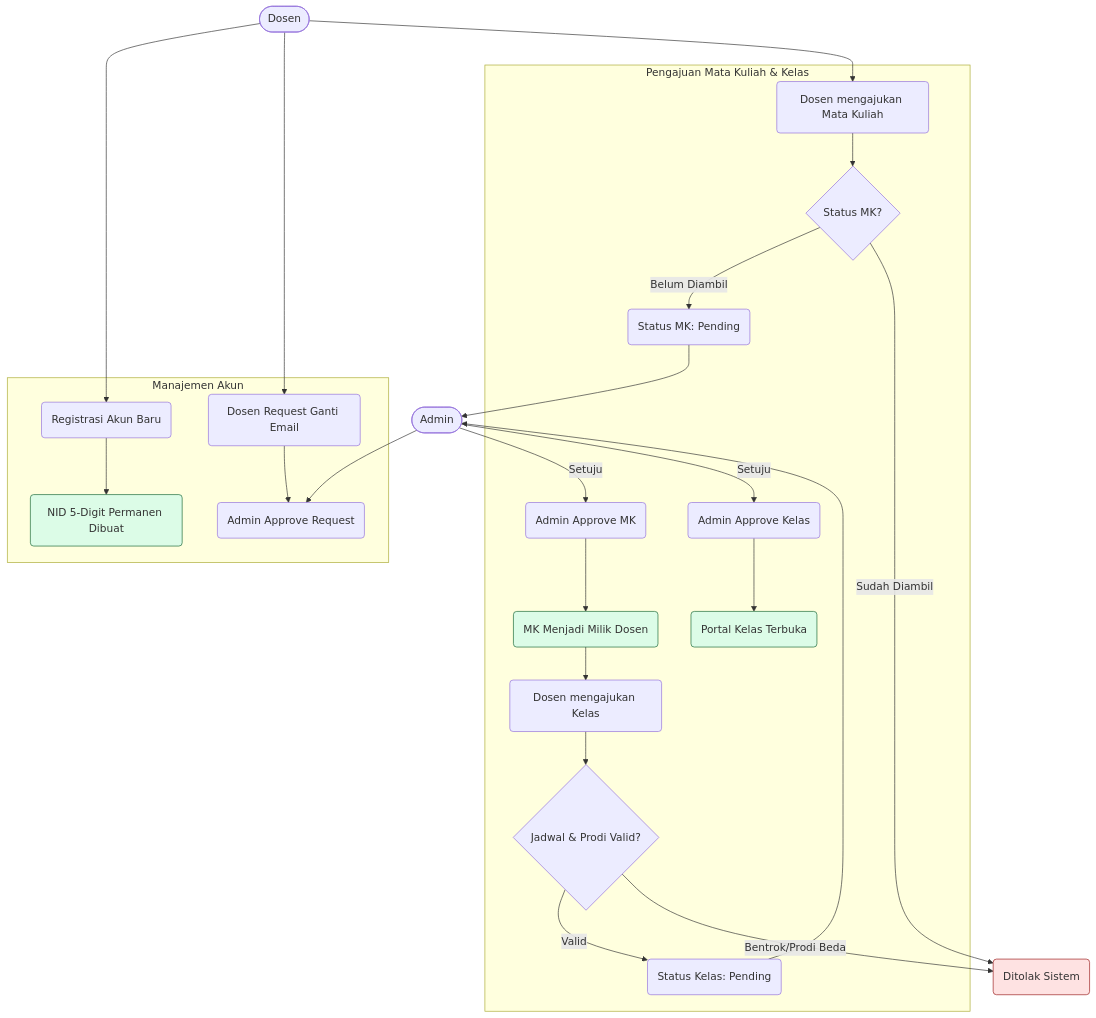
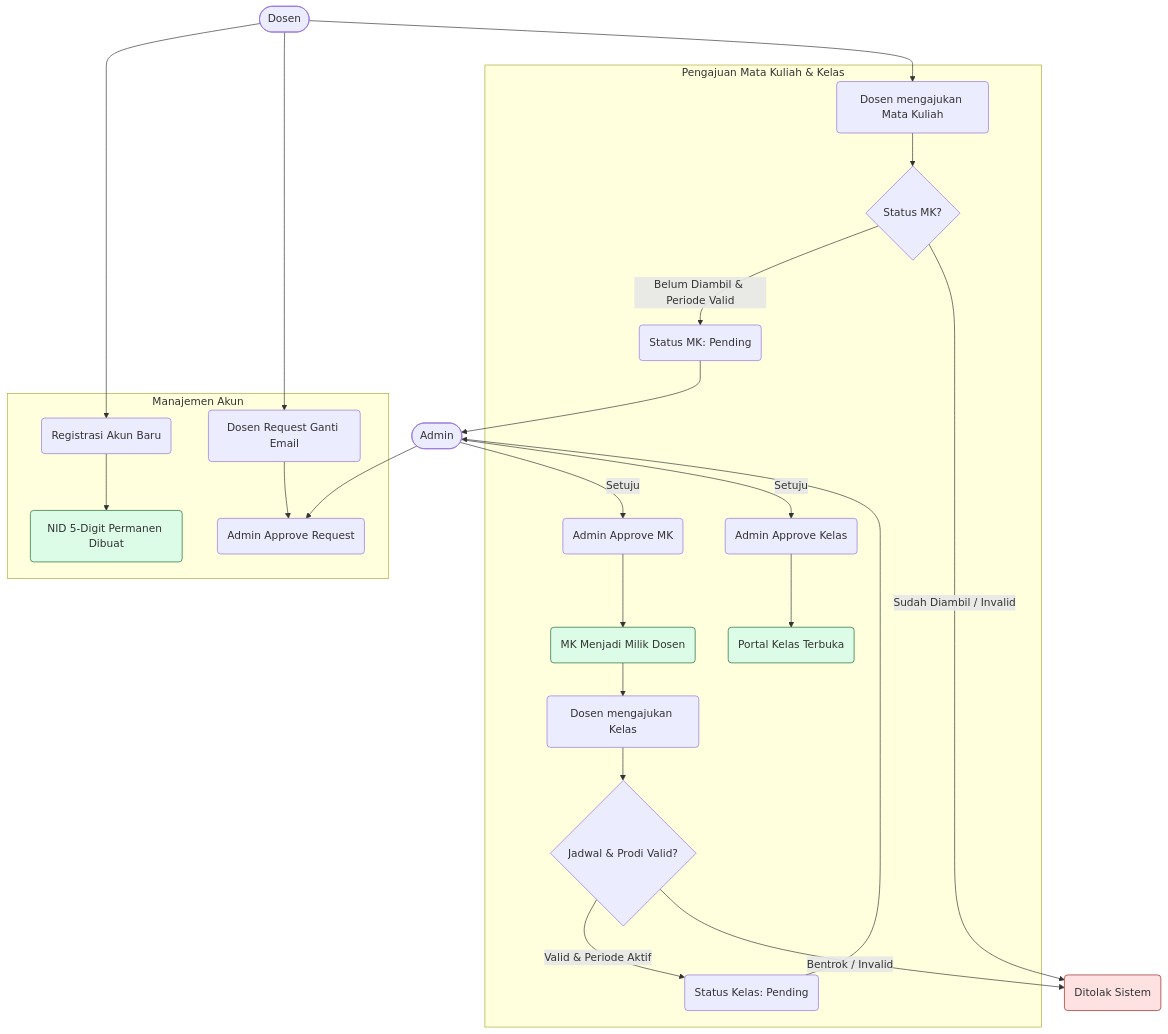
One commit to MuhammadKrisna18/MiniClassroom changed the second of 2 diagrams in README.md. Above: the diagram before and after it, drawn with Mermaid. The commit also changed other lines of this file, not shown here.

Commit message:
Update informasi sistem pada readme

````diff
--- a/README.md
+++ b/README.md
@@ -181,56 +187,56 @@
 ```mermaid
 flowchart TD
     %% Roles
     Dosen([Dosen])
     Admin([Admin])
 
     %% Business Entities & Actions
     subgraph Pengajuan Mata Kuliah & Kelas
         ReqMK(Dosen mengajukan Mata Kuliah)
         CheckMK{Status MK?}
         StatusPendingMK(Status MK: Pending)
         ApproveMK(Admin Approve MK)
         MKTaken(MK Menjadi Milik Dosen)
         
         ReqKelas(Dosen mengajukan Kelas)
         CheckKelas{Jadwal & Prodi Valid?}
         StatusPendingKelas(Status Kelas: Pending)
         ApproveKelas(Admin Approve Kelas)
         KelasTaken(Portal Kelas Terbuka)
     end
 
     subgraph Manajemen Akun
         RegDosen(Registrasi Akun Baru)
         GenNID(NID 5-Digit Permanen Dibuat)
         ReqEmail(Dosen Request Ganti Email)
         ApproveEmail(Admin Approve Request)
     end
 
     %% Flows
     Dosen --> RegDosen
     RegDosen --> GenNID
     Dosen --> ReqEmail
     ReqEmail --> ApproveEmail
     Admin --> ApproveEmail
 
     Dosen --> ReqMK
     ReqMK --> CheckMK
-    CheckMK -- Belum Diambil --> StatusPendingMK
-    CheckMK -- Sudah Diambil --> RejectSystem(Ditolak Sistem)
+    CheckMK -- Belum Diambil & Periode Valid --> StatusPendingMK
+    CheckMK -- Sudah Diambil / Invalid --> RejectSystem(Ditolak Sistem)
     StatusPendingMK --> Admin
     Admin -- Setuju --> ApproveMK
     ApproveMK --> MKTaken
 
     MKTaken --> ReqKelas
     ReqKelas --> CheckKelas
-    CheckKelas -- Valid --> StatusPendingKelas
-    CheckKelas -- Bentrok/Prodi Beda --> RejectSystem
+    CheckKelas -- Valid & Periode Aktif --> StatusPendingKelas
+    CheckKelas -- Bentrok / Invalid --> RejectSystem
     StatusPendingKelas --> Admin
     Admin -- Setuju --> ApproveKelas
     ApproveKelas --> KelasTaken
 
     style GenNID fill:#dcfce7,stroke:#166534
     style MKTaken fill:#dcfce7,stroke:#166534
     style KelasTaken fill:#dcfce7,stroke:#166534
     style RejectSystem fill:#fee2e2,stroke:#991b1b
 ```
````
